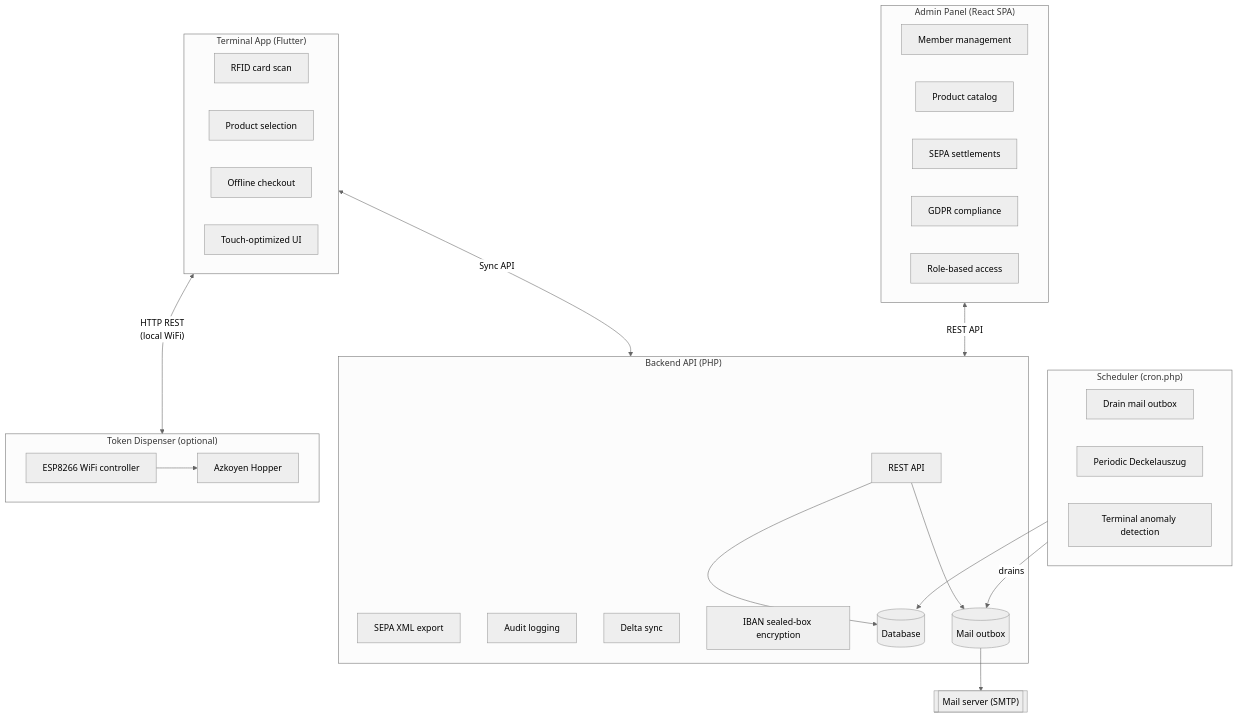
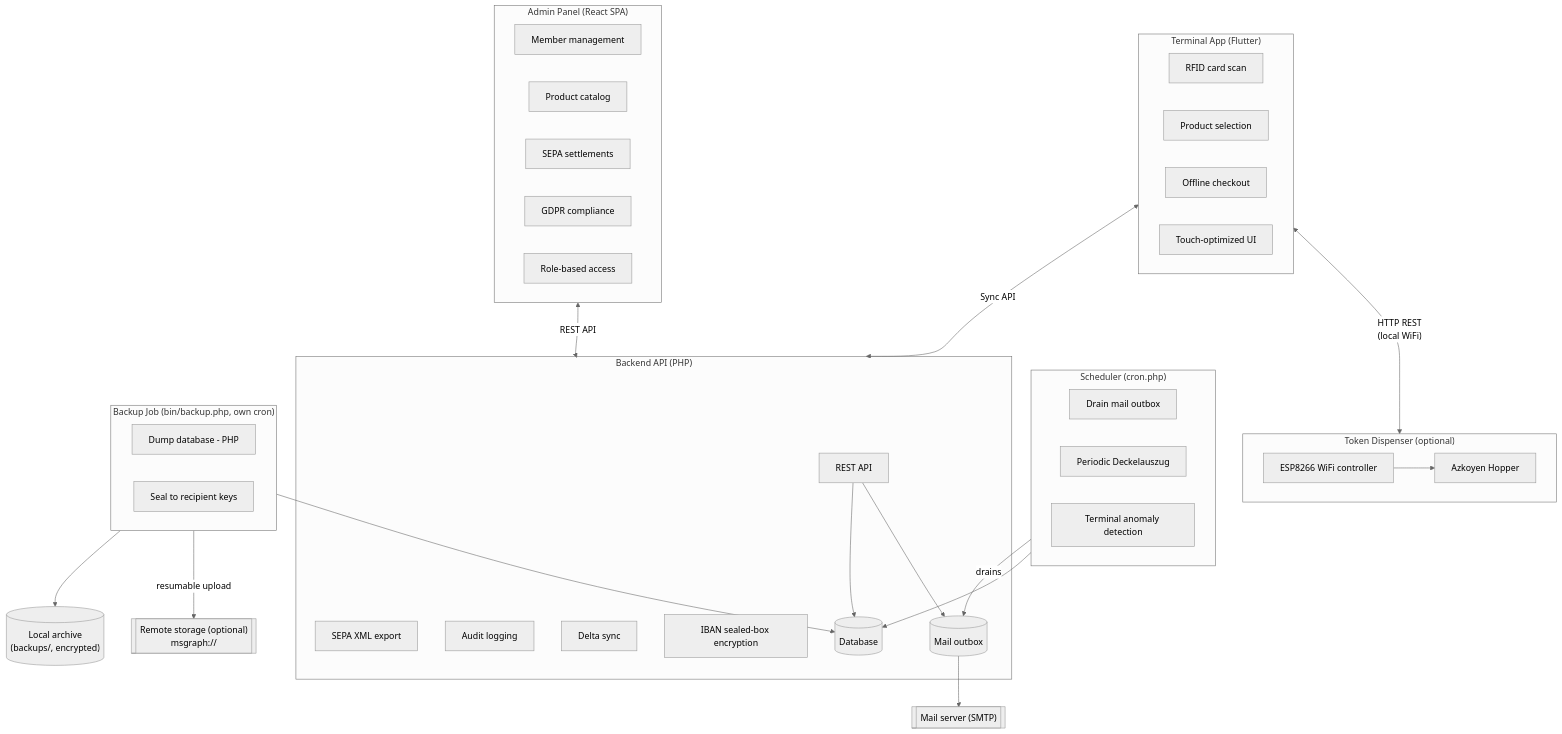
The diagram in README.md (dgloeckner/clubbar), drawn with Mermaid (neutral theme) before and after one commit. The commit also changed other lines of this file, not shown here.

Commit message:
Add the backup job to the System Components diagram (#732)
The nightly bin/backup.php job (ADR-0049) is a standalone scheduled
component alongside the mail-outbox scheduler, but it was missing from
the README's architecture diagram entirely. Show it dumping the
database, writing the local encrypted archive, and pushing to the
optional msgraph:// remote target, and link docs/backup.md alongside
the other component docs referenced under the diagram.

````diff
--- a/README.md
+++ b/README.md
@@ -34,50 +34,60 @@
 ```mermaid
 flowchart TB
     subgraph Terminal["Terminal App (Flutter)"]
         T1[RFID card scan]
         T2[Product selection]
         T3[Offline checkout]
         T4[Touch-optimized UI]
     end
 
     subgraph Admin["Admin Panel (React SPA)"]
         A1[Member management]
         A2[Product catalog]
         A3[SEPA settlements]
         A4[GDPR compliance]
         A5[Role-based access]
     end
 
     subgraph Backend["Backend API (PHP)"]
         B1[REST API]
         B2[SEPA XML export]
         B3[Audit logging]
         B4[Delta sync]
         B5[IBAN sealed-box encryption]
         DB[(Database)]
         Outbox[(Mail outbox)]
         B1 --> DB
         B1 --> Outbox
     end
 
     subgraph Scheduler["Scheduler (cron.php)"]
         S1[Drain mail outbox]
         S2[Periodic Deckelauszug]
         S3[Terminal anomaly detection]
     end
 
     subgraph Dispenser["Token Dispenser (optional)"]
         D1[ESP8266 WiFi controller]
         D2[Azkoyen Hopper]
         D1 --> D2
     end
 
+    subgraph Backup["Backup Job (bin/backup.php, own cron)"]
+        BK1[Dump database - PHP]
+        BK2[Seal to recipient keys]
+    end
+
     Mail[["Mail server (SMTP)"]]
+    LocalArchive[("Local archive\n(backups/, encrypted)")]
+    RemoteArchive[["Remote storage (optional)\nmsgraph://"]]
 
     Terminal <-->|"Sync API"| Backend
     Admin <-->|"REST API"| Backend
     Terminal <-->|"HTTP REST\n(local WiFi)"| Dispenser
     Scheduler -->|"drains"| Outbox
     Outbox --> Mail
     Scheduler --> DB
+    Backup --> DB
+    Backup --> LocalArchive
+    Backup -->|"resumable upload"| RemoteArchive
 ```
````
